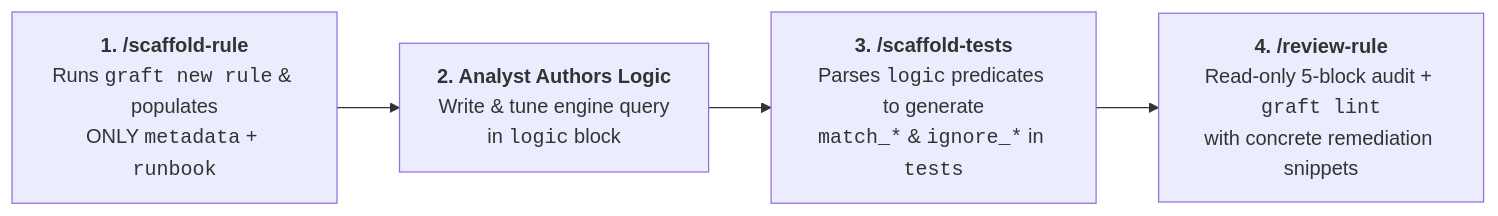
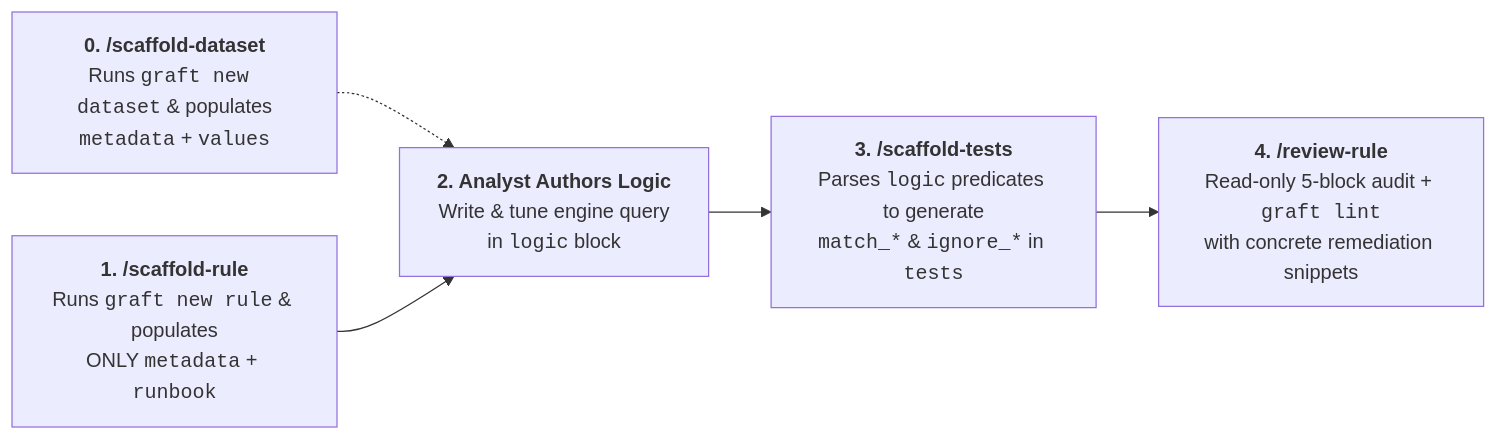
The third of 5 diagrams in docs/analysts/rule_authoring.md (lopes/graft), drawn with Mermaid before and after one commit. The commit also changed other lines of this file and 48 other files, not shown here.

````diff
--- a/docs/analysts/rule_authoring.md
+++ b/docs/analysts/rule_authoring.md
@@ -320,9 +323,11 @@
 ```mermaid
 flowchart LR
+    S0["<b>0. /scaffold-dataset</b><br/>Runs <code>graft new dataset</code> &amp; populates<br/><code>metadata</code> + <code>values</code>"]
     S1["<b>1. /scaffold-rule</b><br/>Runs <code>graft new rule</code> &amp; populates<br/>ONLY <code>metadata</code> + <code>runbook</code>"]
     LOGIC["<b>2. Analyst Authors Logic</b><br/>Write &amp; tune engine query<br/>in <code>logic</code> block"]
     S2["<b>3. /scaffold-tests</b><br/>Parses <code>logic</code> predicates to generate<br/><code>match_*</code> &amp; <code>ignore_*</code> in <code>tests</code>"]
     S3["<b>4. /review-rule</b><br/>Read-only 5-block audit + <code>graft lint</code><br/>with concrete remediation snippets"]
 
+    S0 -.-> LOGIC
     S1 --> LOGIC --> S2 --> S3
 ```
````
